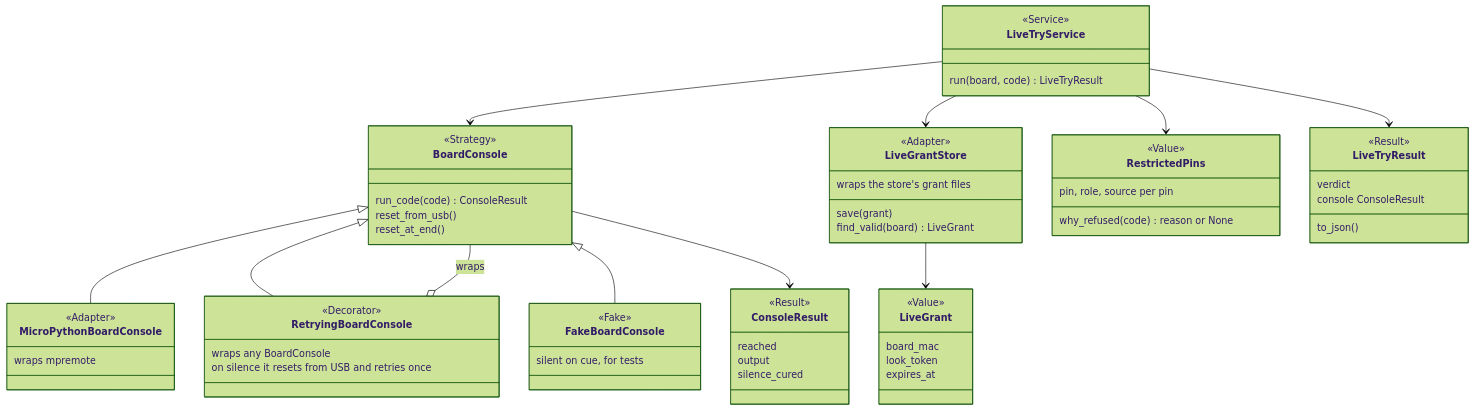
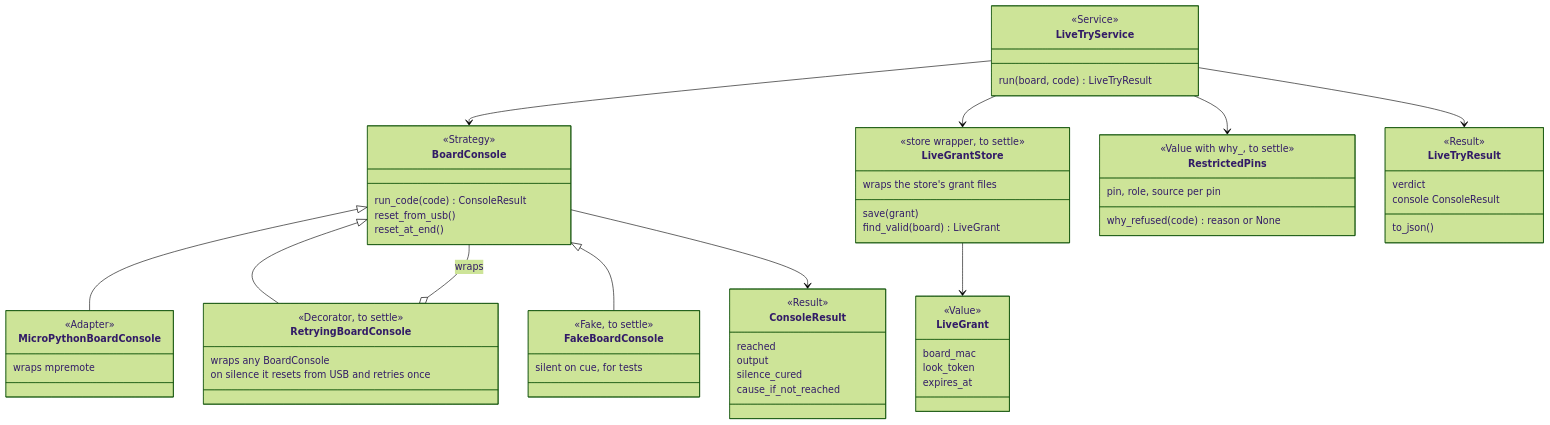
Before and after one commit to xmejkal/spark: the first of 2 diagrams in docs/discovery/2026-10-15-p235-live-on-board/shape-for-design.md, drawn with Mermaid (forest theme). The commit also changed other lines of this file and 8 other files, not shown here.

````diff
--- a/docs/discovery/2026-10-15-p235-live-on-board/shape-for-design.md
+++ b/docs/discovery/2026-10-15-p235-live-on-board/shape-for-design.md
@@ -7,65 +10,66 @@
 ```mermaid
 classDiagram
   class LiveTryService {
     <<Service>>
     run(board, code) LiveTryResult
   }
   class BoardConsole {
     <<Strategy>>
     run_code(code) ConsoleResult
     reset_from_usb()
     reset_at_end()
   }
   class MicroPythonBoardConsole {
     <<Adapter>>
     wraps mpremote
   }
   class RetryingBoardConsole {
-    <<Decorator>>
+    <<Decorator, to settle>>
     wraps any BoardConsole
     on silence it resets from USB and retries once
   }
   class FakeBoardConsole {
-    <<Fake>>
+    <<Fake, to settle>>
     silent on cue, for tests
   }
   class ConsoleResult {
     <<Result>>
     reached
     output
     silence_cured
+    cause_if_not_reached
   }
   class LiveGrant {
     <<Value>>
     board_mac
     look_token
     expires_at
   }
   class LiveGrantStore {
-    <<Adapter>>
+    <<store wrapper, to settle>>
     wraps the store's grant files
     save(grant)
     find_valid(board) LiveGrant
   }
   class RestrictedPins {
-    <<Value>>
+    <<Value with why_, to settle>>
     pin, role, source per pin
     why_refused(code) reason or None
   }
   class LiveTryResult {
     <<Result>>
     verdict
     console ConsoleResult
     to_json()
   }
   BoardConsole <|-- MicroPythonBoardConsole
   BoardConsole <|-- RetryingBoardConsole
   BoardConsole <|-- FakeBoardConsole
   RetryingBoardConsole o-- BoardConsole : wraps
   LiveTryService --> BoardConsole
   LiveTryService --> LiveGrantStore
   LiveTryService --> RestrictedPins
   LiveGrantStore --> LiveGrant
   LiveTryService --> LiveTryResult
   BoardConsole --> ConsoleResult
 ```
````
